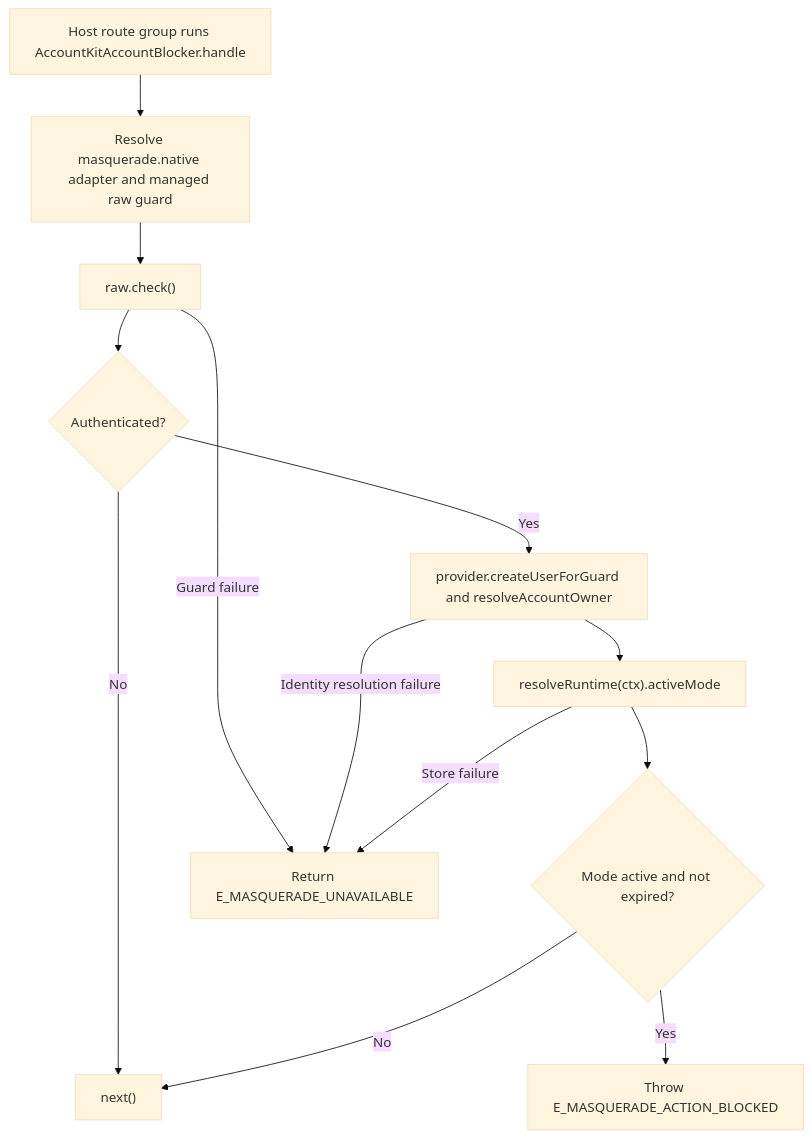
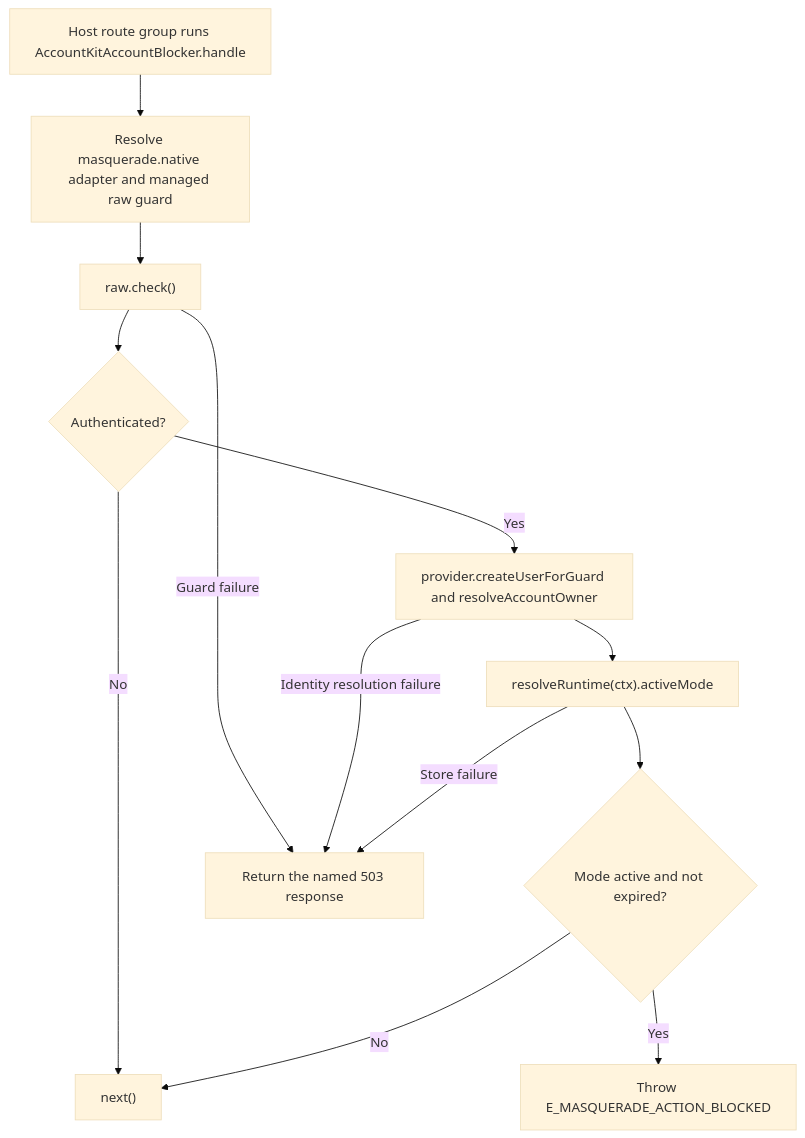
Before and after one commit to Kevinjohn/oss-adonisjs-masquerade: the second of 2 diagrams in user-stories/protect-native-account/us-account-01-protect-native-account.md, drawn with Mermaid (base theme). The commit also changed 99 other files, not shown here.

Commit message:
Assign distinct masquerade failure codes and preserve cleanup order

````diff
--- a/user-stories/protect-native-account/us-account-01-protect-native-account.md
+++ b/user-stories/protect-native-account/us-account-01-protect-native-account.md
@@ -36,15 +36,15 @@
 ```mermaid
 flowchart TD
     A["Host route group runs AccountKitAccountBlocker.handle"] --> B["Resolve masquerade.native adapter and managed raw guard"]
     B --> C["raw.check()"]
     C --> D{"Authenticated?"}
     D -->|No| E["next()"]
     D -->|Yes| F["provider.createUserForGuard and resolveAccountOwner"]
     F --> G["resolveRuntime(ctx).activeMode"]
     G --> H{"Mode active and not expired?"}
     H -->|Yes| I["Throw E_MASQUERADE_ACTION_BLOCKED"]
     H -->|No| E
-    C -->|Guard failure| J["Return E_MASQUERADE_UNAVAILABLE"]
+    C -->|Guard failure| J["Return the named 503 response"]
     F -->|Identity resolution failure| J
     G -->|Store failure| J
 ```
````
